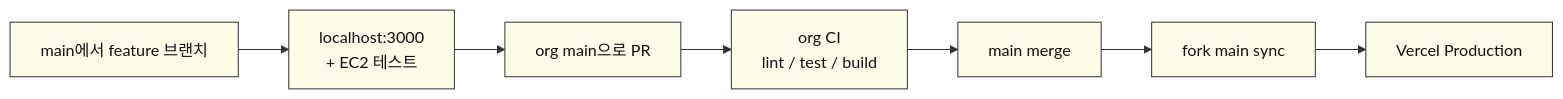
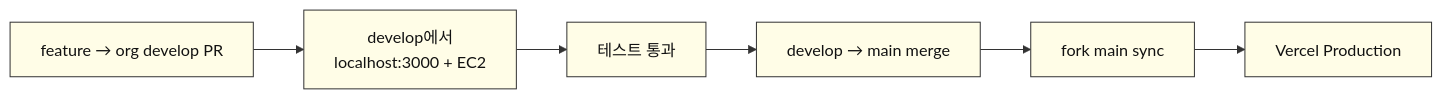
One commit to SpartaValueHub/ValueHub-FE changed the third of 6 diagrams in docs/vercel-deploy-team-notice.md. Above: the diagram before and after it, drawn with Mermaid. The commit also changed other lines of this file, not shown here.

Commit message:
docs: org는 develop 작업·테스트, fork/Vercel은 main만 sync

````diff
--- a/docs/vercel-deploy-team-notice.md
+++ b/docs/vercel-deploy-team-notice.md
@@ -112,13 +118,12 @@
 ```mermaid
 %%{init: {"theme":"base","themeVariables":{"primaryColor":"#FFF3B0","primaryBorderColor":"#333","lineColor":"#333","clusterBkg":"#FFF3B0"}}}%%
 flowchart LR
-  A1["main에서 feature 브랜치"] --> A2["localhost:3000<br/>+ EC2 테스트"]
-  A2 --> A3["org main으로 PR"]
-  A3 --> A4["org CI<br/>lint / test / build"]
-  A4 --> A5["main merge"]
-  A5 --> A6["fork main sync"]
-  A6 --> A7["Vercel Production"]
+  A1["feature → org develop PR"] --> A2["develop에서<br/>localhost:3000 + EC2"]
+  A2 --> A3["테스트 통과"]
+  A3 --> A4["develop → main merge"]
+  A4 --> A5["fork main sync"]
+  A5 --> A6["Vercel Production"]
 
   classDef node fill:#FFFDE7,stroke:#333,color:#111;
-  class A1,A2,A3,A4,A5,A6,A7 node;
+  class A1,A2,A3,A4,A5,A6 node;
 ```
````
